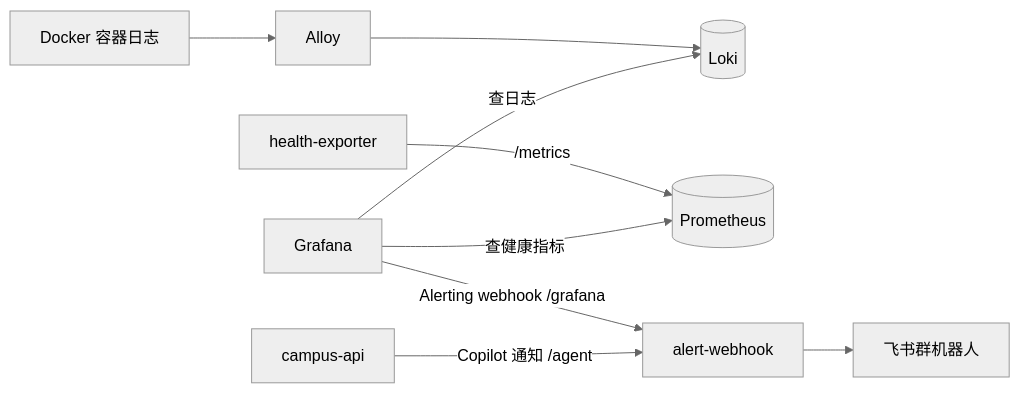
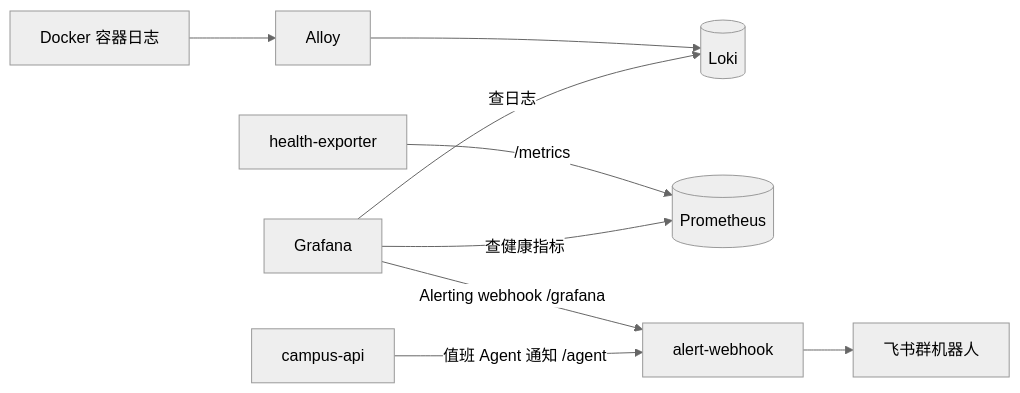
The diagram in docs/observability-alerting.md (tangfire/lehu-video), drawn with Mermaid (neutral theme) before and after one commit. The commit also changed other lines of this file and 23 other files, not shown here.

````diff
--- a/docs/observability-alerting.md
+++ b/docs/observability-alerting.md
@@ -9,13 +9,13 @@
 ```mermaid
 flowchart LR
     Docker[Docker 容器日志] --> Alloy[Alloy]
     Alloy --> Loki[(Loki)]
     Grafana[Grafana] -->|查日志| Loki
 
     Health[health-exporter] -->|/metrics| Prometheus[(Prometheus)]
     Grafana -->|查健康指标| Prometheus
 
     Grafana -->|Alerting webhook /grafana| Alert[alert-webhook]
-    API[campus-api] -->|Copilot 通知 /agent| Alert
+    API[campus-api] -->|值班 Agent 通知 /agent| Alert
     Alert --> Feishu[飞书群机器人]
 ```
````
